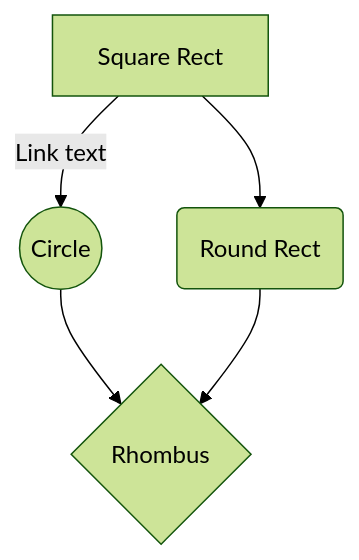
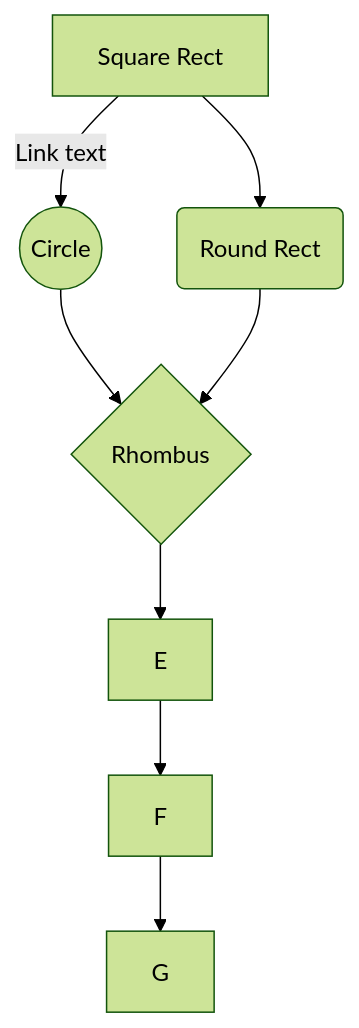
One commit to MangelMaxime/Hink changed the diagram in docs/components/button.md. Above: the diagram before and after it, drawn with Mermaid (forest theme). The commit also changed other lines of this file and 13 other files, not shown here.

Commit message:
Fix fornax + Fix mermaid css for conflict with bulma

```diff
--- a/docs/components/button.md
+++ b/docs/components/button.md
@@ -9,8 +7,11 @@
-<div class="mermaid">
-    %% Example diagram
-    graph TB
-        A[Square Rect] -- Link text --> B((Circle))
-        A --> C(Round Rect)
-        B --> D{Rhombus}
-        C --> D
-</div>
+    <div class="mermaid">
+        %% Example diagram
+        graph TB
+            A[Square Rect] -- Link text --> B((Circle))
+            A --> C(Round Rect)
+            B --> D{Rhombus}
+            C --> D
+            D --> E
+            E --> F
+            F --> G
+    </div>
```
